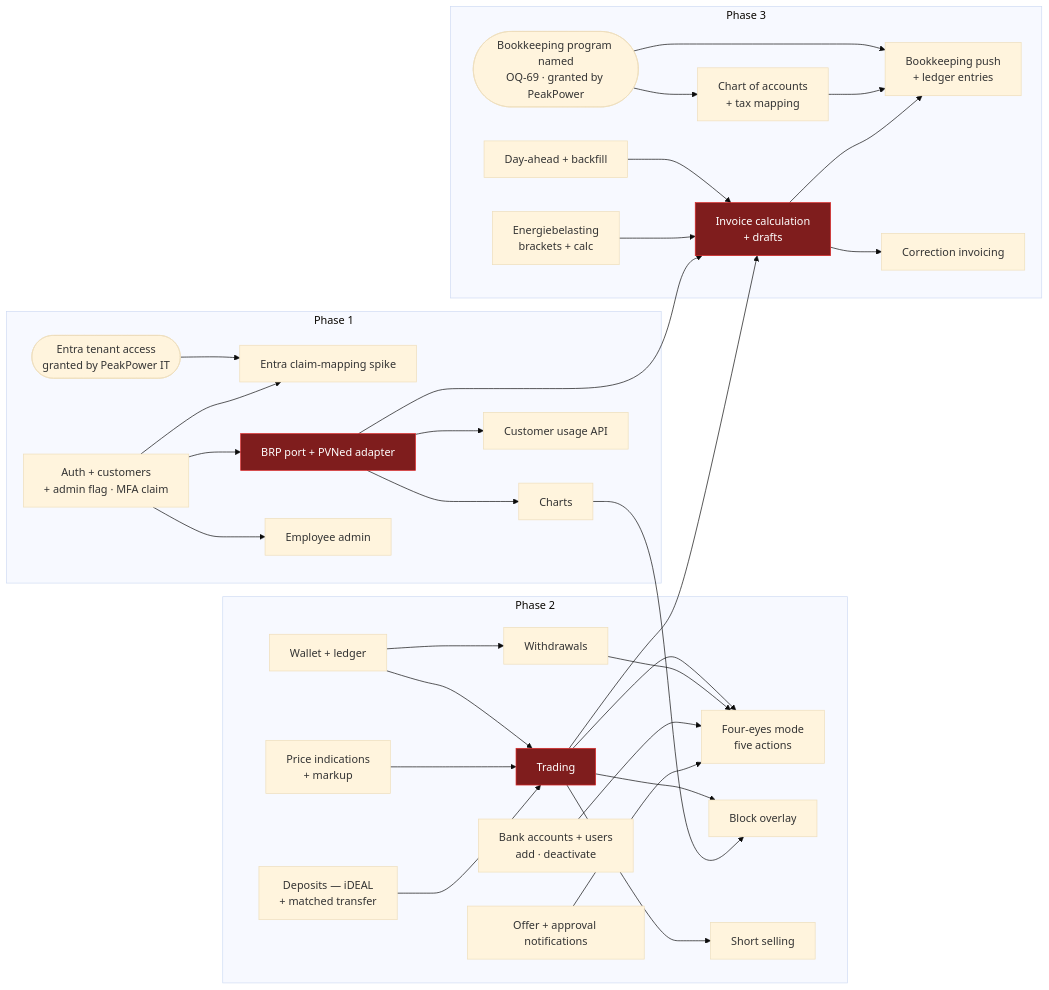
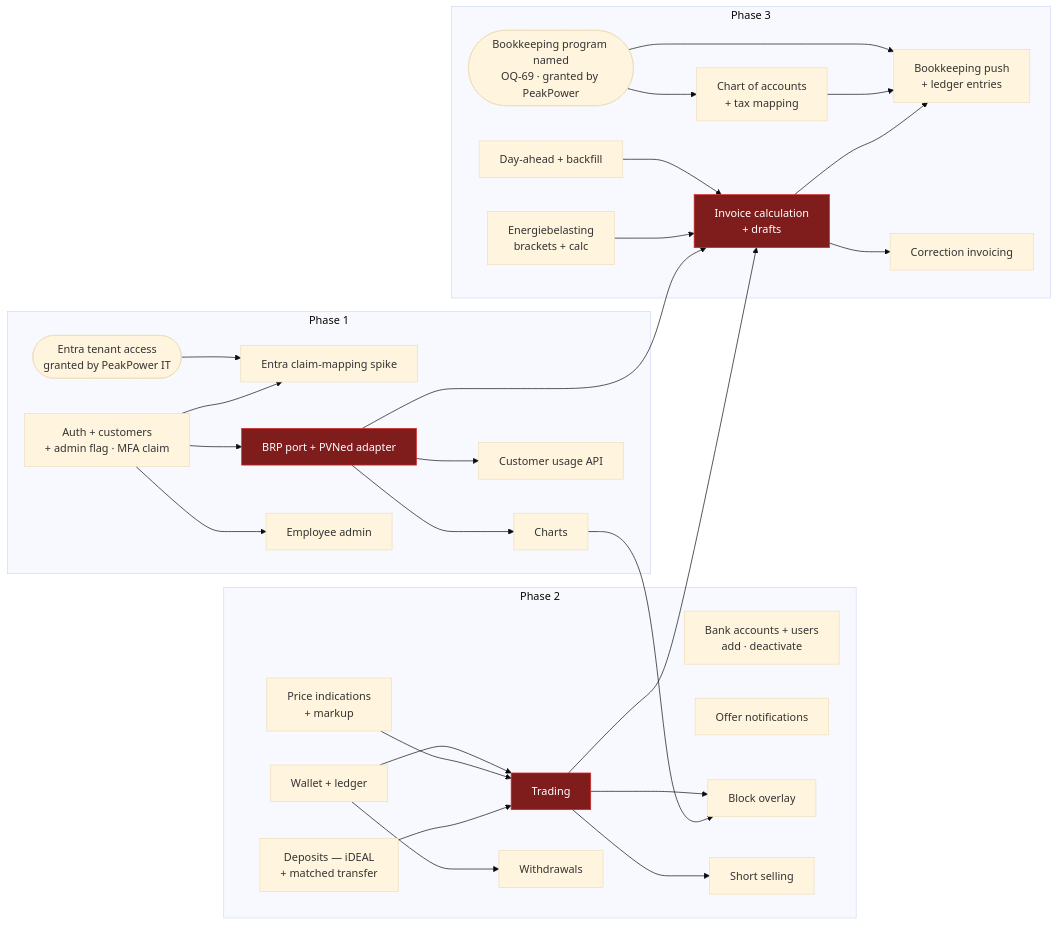
The second of 2 diagrams in specs/70-delivery/01-roadmap-and-phasing.md (lukastosic-ifd/peakpowerspecs), drawn with Mermaid (base theme) before and after one commit. The commit also changed other lines of this file and 40 other files, not shown here.

First line of the commit message:
DEC-179: the four-eyes rule is removed (#21)

````diff
--- a/specs/70-delivery/01-roadmap-and-phasing.md
+++ b/specs/70-delivery/01-roadmap-and-phasing.md
@@ -690,38 +684,36 @@
 ```mermaid
 flowchart LR
     subgraph p1["Phase 1"]
         A0(["Entra tenant access<br/>granted by PeakPower IT"]) --> A5
         A1["Auth + customers<br/>+ admin flag · MFA claim"] --> A2["BRP port + PVNed adapter"]
         A2 --> A3["Charts"]
         A2 --> A6["Customer usage API"]
         A1 --> A4["Employee admin"]
         A1 --> A5["Entra claim-mapping spike"]
     end
     subgraph p2["Phase 2"]
         B1["Wallet + ledger"] --> B2["Trading"]
         B3["Price indications<br/>+ markup"] --> B2
         B4["Deposits — iDEAL<br/>+ matched transfer"] --> B2
         B1 --> B8["Withdrawals"]
-        B2 --> B6["Four-eyes mode<br/>five actions"]
-        B8 --> B6
-        B10["Bank accounts + users<br/>add · deactivate"] --> B6
-        B7["Offer + approval notifications"] --> B6
+        B10["Bank accounts + users<br/>add · deactivate"]
+        B7["Offer notifications"]
         B2 --> B5["Block overlay"]
         B2 --> B9["Short selling"]
     end
     subgraph p3["Phase 3"]
         C0(["Bookkeeping program named<br/>OQ-69 · granted by PeakPower"]) --> C5
         C0 --> C4
         C1["Day-ahead + backfill"] --> C3["Invoice calculation<br/>+ drafts"]
         C6["Energiebelasting<br/>brackets + calc"] --> C3
         C5["Chart of accounts<br/>+ tax mapping"] --> C4["Bookkeeping push<br/>+ ledger entries"]
         C3 --> C4
         C3 --> C7["Correction invoicing"]
     end
     A3 --> B5
     A2 --> C3
     B2 --> C3
 
     classDef crit fill:#7f1d1d,stroke:#dc2626,color:#fff
     class A2,B2,C3 crit
 ```
````
